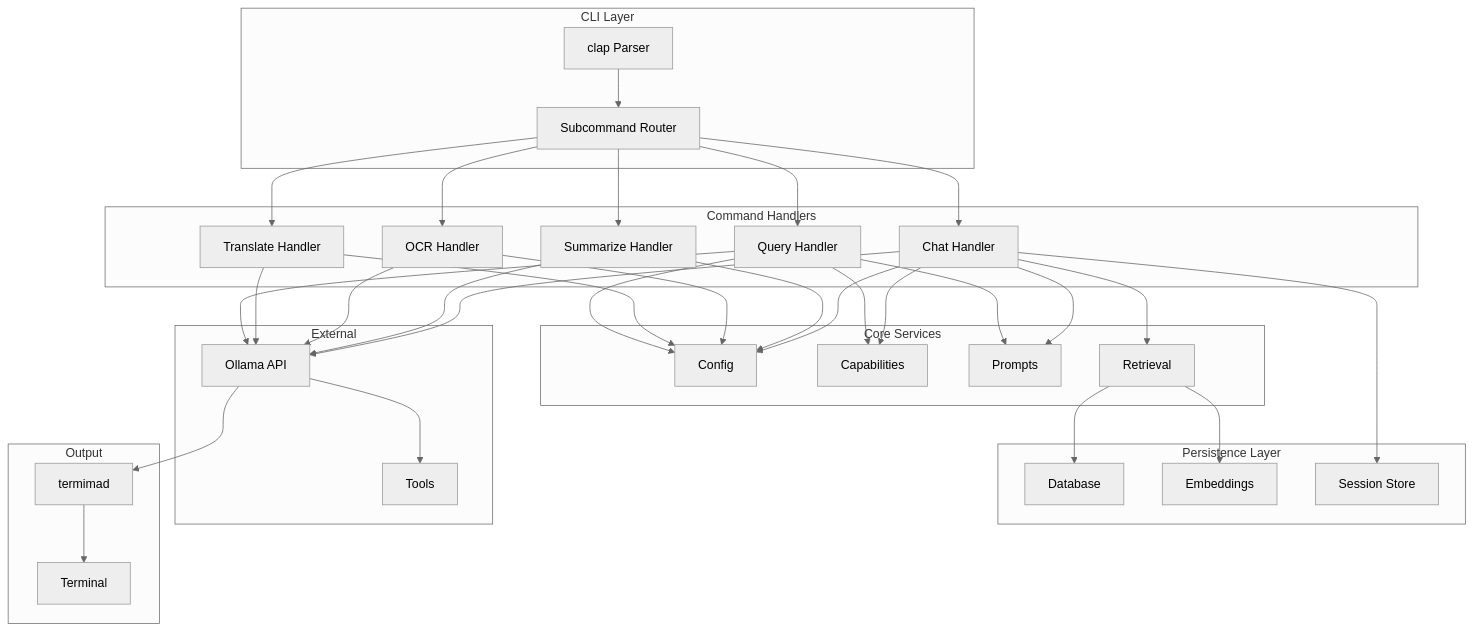
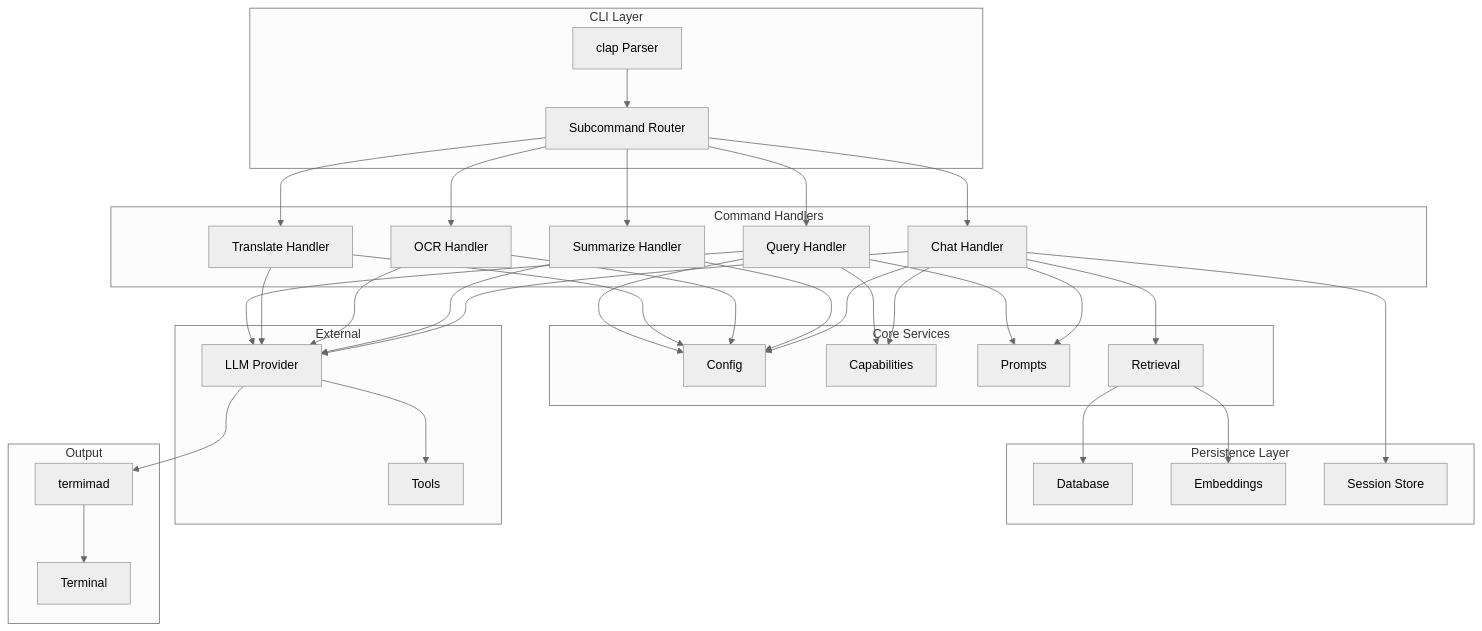
One commit to luksamuk/sprachspiel changed the first of 8 diagrams in doc/src/development/architecture.md. Above: the diagram before and after it, drawn with Mermaid (neutral theme). The commit also changed other lines of this file and 6 other files, not shown here.

````diff
--- a/doc/src/development/architecture.md
+++ b/doc/src/development/architecture.md
@@ -11,47 +11,47 @@
 ```mermaid
 graph TB
     subgraph CLI["CLI Layer"]
         A[clap Parser] --> B[Subcommand Router]
     end
 
     subgraph Handlers["Command Handlers"]
         B --> C[Query Handler]
         B --> D[Translate Handler]
         B --> E[OCR Handler]
         B --> F[Summarize Handler]
         B --> G[Chat Handler]
     end
 
     subgraph Core["Core Services"]
         C --> H[Config]
         D --> H
         E --> H
         F --> H
         G --> H
         C --> I[Capabilities]
         G --> I
         C --> J[Prompts]
         G --> J
         G --> K[Retrieval]
     end
 
     subgraph Storage["Persistence Layer"]
         K --> L[Database]
         K --> M[Embeddings]
         G --> N[Session Store]
     end
 
     subgraph External["External"]
-        C --> O[Ollama API]
+        C --> O[LLM Provider]
         D --> O
         E --> O
         F --> O
         G --> O
         O --> P[Tools]
     end
 
     subgraph Output["Output"]
         O --> Q[termimad]
         Q --> R[Terminal]
     end
 ```
````
